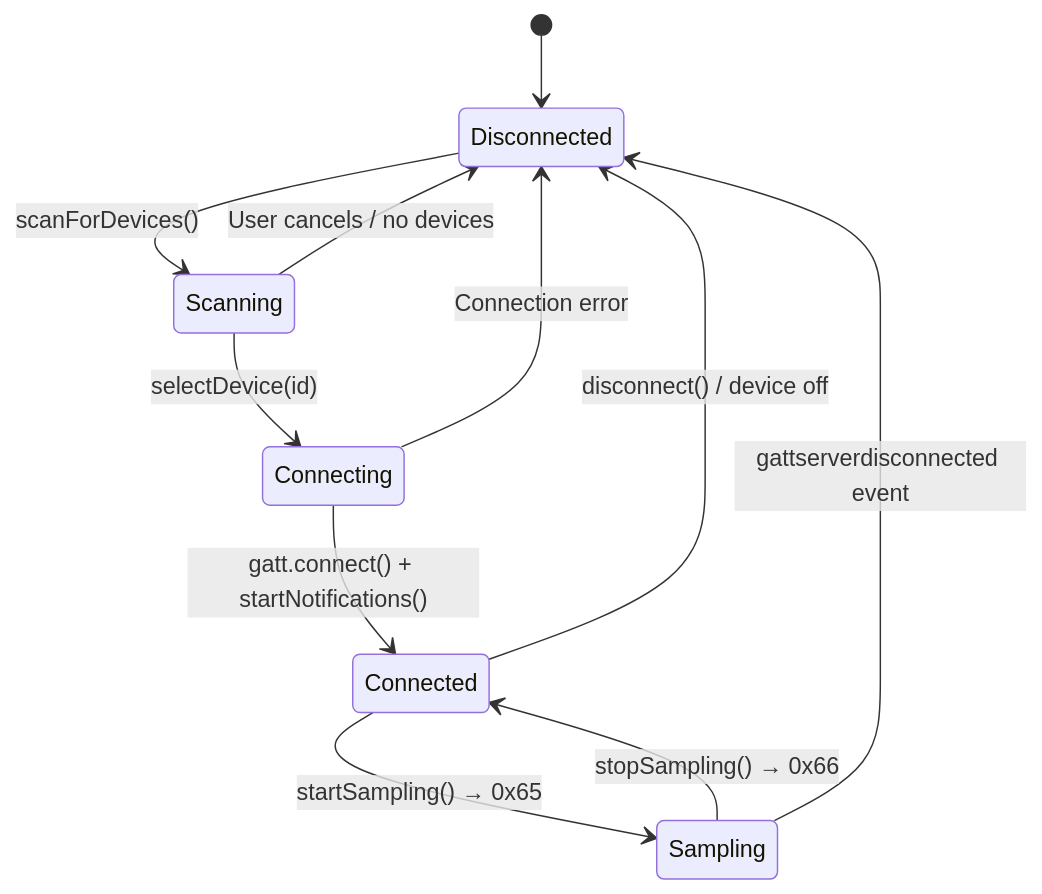
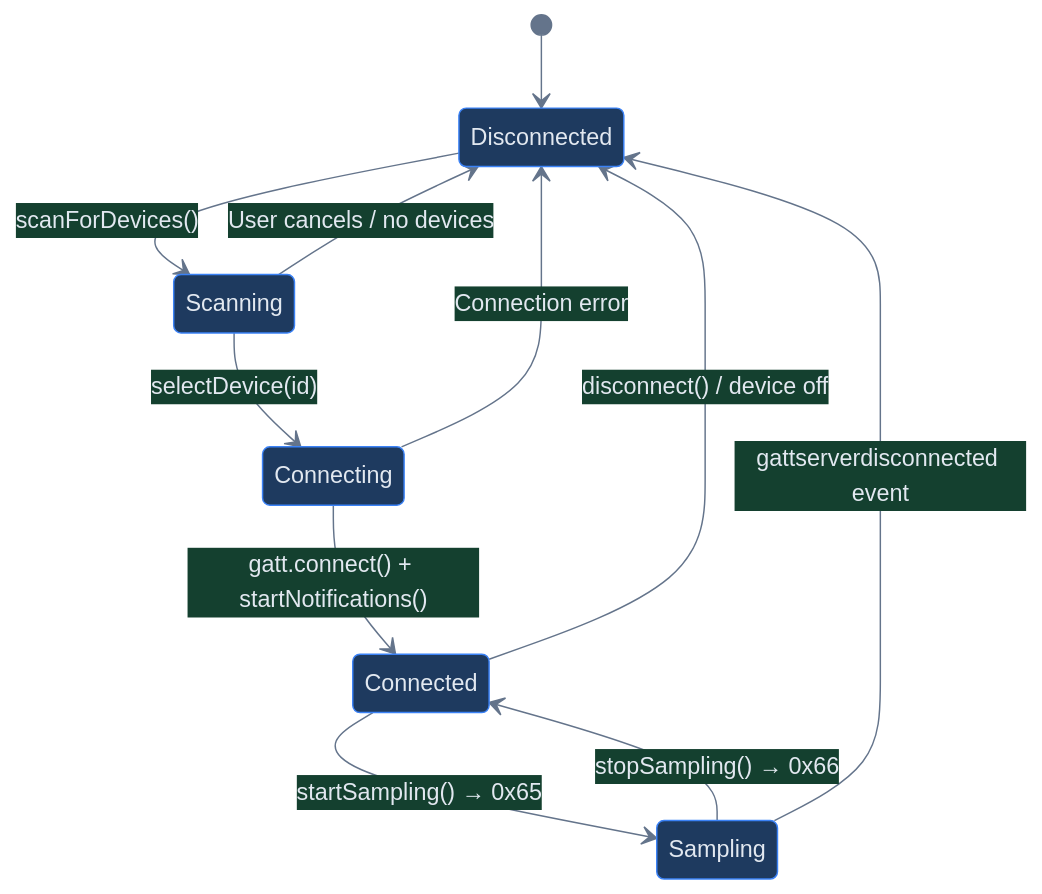
One commit to DerekLieww/Force-Recorder changed diagram 11 of 23 in ARCHITECTURE.md. Above: the diagram before and after it, drawn with Mermaid. The commit also changed other lines of this file and 9 other files, not shown here.

````diff
--- a/ARCHITECTURE.md
+++ b/ARCHITECTURE.md
@@ -529,16 +590,17 @@
 ```mermaid
+%%{init: {'theme': 'base', 'themeVariables': {'primaryColor': '#1e3a5f', 'primaryTextColor': '#e2e8f0', 'primaryBorderColor': '#3b82f6', 'lineColor': '#64748b', 'secondaryColor': '#14402f', 'tertiaryColor': '#2d1b4e', 'background': '#0f172a'}}}%%
 stateDiagram-v2
     [*] --> Disconnected
 
     Disconnected --> Scanning : scanForDevices()
     Scanning --> Disconnected : User cancels / no devices
     Scanning --> Connecting : selectDevice(id)
 
     Connecting --> Connected : gatt.connect() + startNotifications()
     Connecting --> Disconnected : Connection error
 
     Connected --> Sampling : startSampling() → 0x65
     Sampling --> Connected : stopSampling() → 0x66
     Sampling --> Disconnected : gattserverdisconnected event
     Connected --> Disconnected : disconnect() / device off
 ```
````
